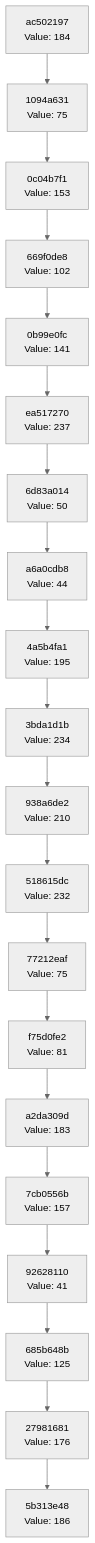
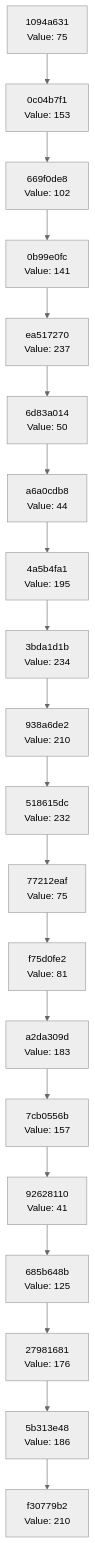
One commit to Abhisheksinha1506/hash-chain-evolver changed the diagram in docs/CHAIN_VISUALIZATION.md. Above: the diagram before and after it, drawn with Mermaid (neutral theme). The commit also changed 3 other files, not shown here.

````diff
--- a/docs/CHAIN_VISUALIZATION.md
+++ b/docs/CHAIN_VISUALIZATION.md
@@ -3,42 +3,42 @@
 ```mermaid
 graph TD
-    C0["5b313e48<br/>Value: 186"]
-    C1["27981681<br/>Value: 176"]
+    C0["f30779b2<br/>Value: 210"]
+    C1["5b313e48<br/>Value: 186"]
     C1 --> C0
-    C2["685b648b<br/>Value: 125"]
+    C2["27981681<br/>Value: 176"]
     C2 --> C1
-    C3["92628110<br/>Value: 41"]
+    C3["685b648b<br/>Value: 125"]
     C3 --> C2
-    C4["7cb0556b<br/>Value: 157"]
+    C4["92628110<br/>Value: 41"]
     C4 --> C3
-    C5["a2da309d<br/>Value: 183"]
+    C5["7cb0556b<br/>Value: 157"]
     C5 --> C4
-    C6["f75d0fe2<br/>Value: 81"]
+    C6["a2da309d<br/>Value: 183"]
     C6 --> C5
-    C7["77212eaf<br/>Value: 75"]
+    C7["f75d0fe2<br/>Value: 81"]
     C7 --> C6
-    C8["518615dc<br/>Value: 232"]
+    C8["77212eaf<br/>Value: 75"]
     C8 --> C7
-    C9["938a6de2<br/>Value: 210"]
+    C9["518615dc<br/>Value: 232"]
     C9 --> C8
-    C10["3bda1d1b<br/>Value: 234"]
+    C10["938a6de2<br/>Value: 210"]
     C10 --> C9
-    C11["4a5b4fa1<br/>Value: 195"]
+    C11["3bda1d1b<br/>Value: 234"]
     C11 --> C10
-    C12["a6a0cdb8<br/>Value: 44"]
+    C12["4a5b4fa1<br/>Value: 195"]
     C12 --> C11
-    C13["6d83a014<br/>Value: 50"]
+    C13["a6a0cdb8<br/>Value: 44"]
     C13 --> C12
-    C14["ea517270<br/>Value: 237"]
+    C14["6d83a014<br/>Value: 50"]
     C14 --> C13
-    C15["0b99e0fc<br/>Value: 141"]
+    C15["ea517270<br/>Value: 237"]
     C15 --> C14
-    C16["669f0de8<br/>Value: 102"]
+    C16["0b99e0fc<br/>Value: 141"]
     C16 --> C15
-    C17["0c04b7f1<br/>Value: 153"]
+    C17["669f0de8<br/>Value: 102"]
     C17 --> C16
-    C18["1094a631<br/>Value: 75"]
+    C18["0c04b7f1<br/>Value: 153"]
     C18 --> C17
-    C19["ac502197<br/>Value: 184"]
+    C19["1094a631<br/>Value: 75"]
     C19 --> C18
 ```
````
